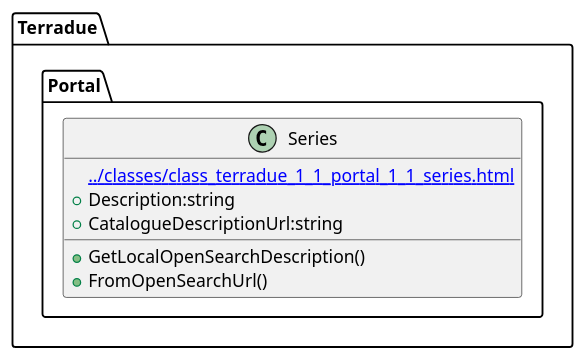
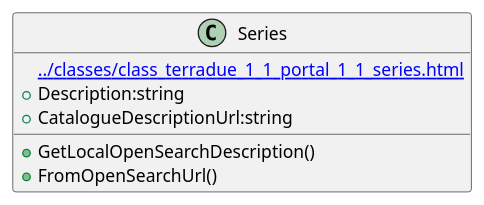
Before and after one commit to urban-tep/DDF-SDD: the diagram in source/classes/class_terradue_1_1_portal_1_1_series.iuml, drawn with PlantUML. The commit also changed 50 other files, not shown here.

```diff
--- a/source/classes/class_terradue_1_1_portal_1_1_series.iuml
+++ b/source/classes/class_terradue_1_1_portal_1_1_series.iuml
@@ -1,10 +1,9 @@
 @startuml
-set namespaceSeparator ::
-class Terradue::Portal::Series {
+class Series {
 [[../classes/class_terradue_1_1_portal_1_1_series.html]]
  +Description:string
  +CatalogueDescriptionUrl:string
  +GetLocalOpenSearchDescription()
  +FromOpenSearchUrl()
 }
 @enduml
```
